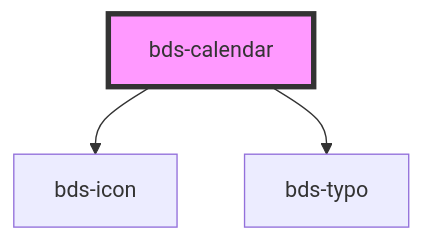
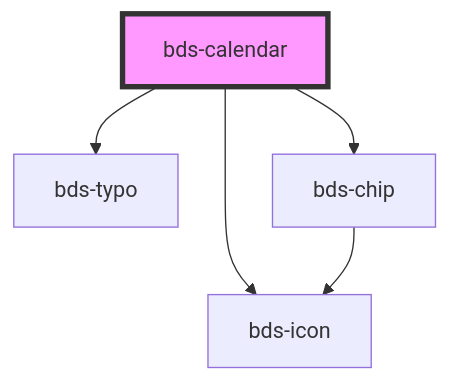
One commit to takenet/blip-ds changed the diagram in src/components/calendar/readme.md. Above: the diagram before and after it, drawn with Mermaid. The commit also changed other lines of this file and 5 other files, not shown here.

````diff
--- a/src/components/calendar/readme.md
+++ b/src/components/calendar/readme.md
@@ -23,6 +25,8 @@
 ```mermaid
 graph TD;
   bds-calendar --> bds-icon
   bds-calendar --> bds-typo
+  bds-calendar --> bds-chip
+  bds-chip --> bds-icon
   style bds-calendar fill:#f9f,stroke:#333,stroke-width:4px
 ```
````
